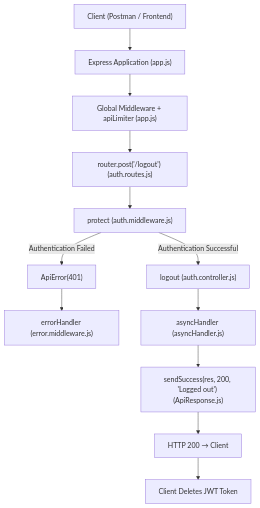
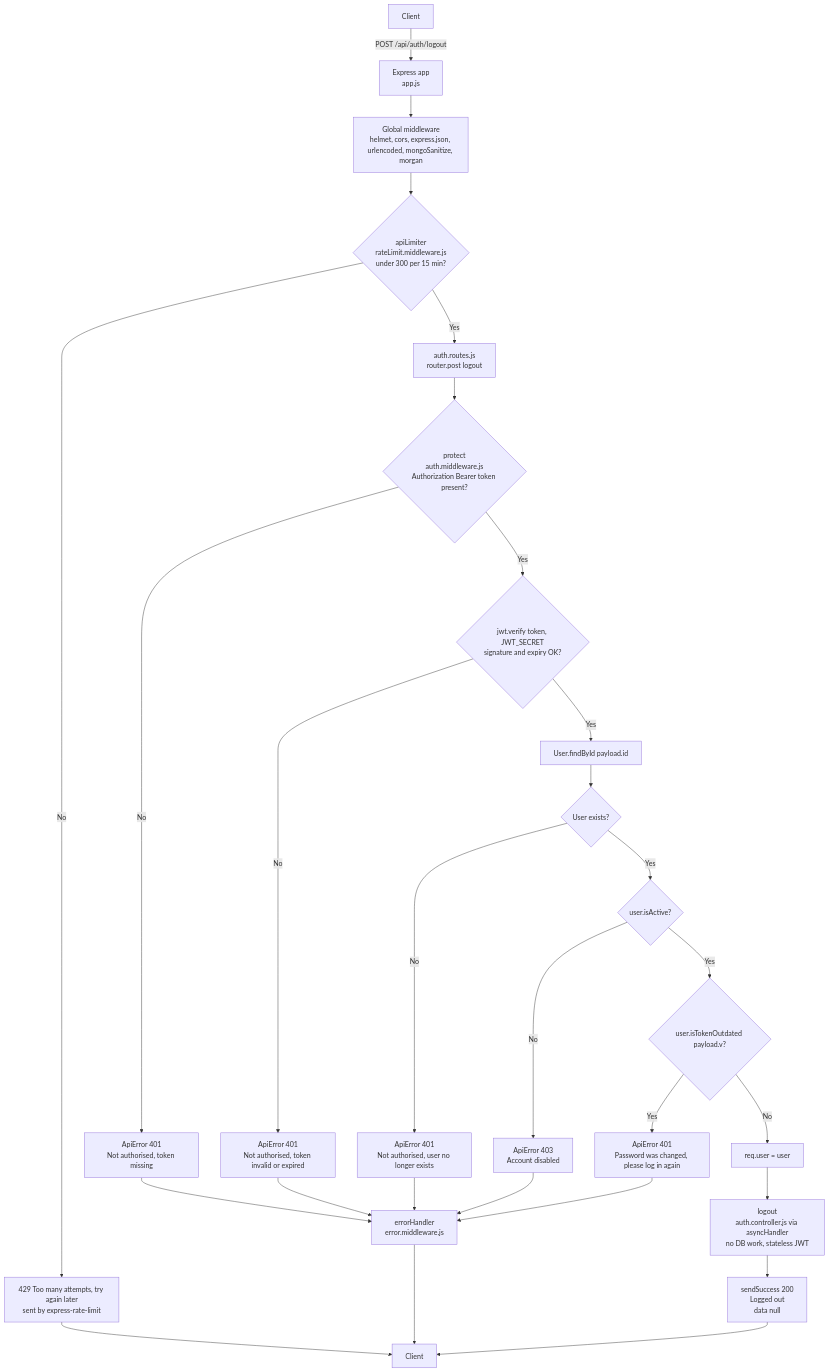
Before and after one commit to ehtman/ecommerce-site: the diagram in docs/flow/auth/logout.md, drawn with Mermaid. The commit also changed other lines of this file and 89 other files, not shown here.

````diff
--- a/docs/flow/auth/logout.md
+++ b/docs/flow/auth/logout.md
@@ -1,16 +5,30 @@
 ```mermaid
 flowchart TD
-    A["Client (Postman / Frontend)"] --> B["Express Application (app.js)"]
-    B --> C["Global Middleware + apiLimiter (app.js)"]
-    C --> D["router.post('/logout') (auth.routes.js)"]
-    D --> E["protect (auth.middleware.js)"]
-
-    E -->|Authentication Failed| ERR1["ApiError(401)"]
-    ERR1 --> EH["errorHandler (error.middleware.js)"]
-
-    E -->|Authentication Successful| F["logout (auth.controller.js)"]
-    F --> G["asyncHandler (asyncHandler.js)"]
-    G --> H["sendSuccess(res, 200, 'Logged out') (ApiResponse.js)"]
-    H --> I["HTTP 200 → Client"]
-    I --> J["Client Deletes JWT Token"]
+    A[Client] -->|POST /api/auth/logout| B[Express app<br/>app.js]
+    B --> C["Global middleware<br/>helmet, cors, express.json, urlencoded, mongoSanitize, morgan"]
+    C --> L0{"apiLimiter<br/>rateLimit.middleware.js<br/>under 300 per 15 min?"}
+    L0 -->|No| RL["429 Too many attempts, try again later<br/>sent by express-rate-limit"]
+    L0 -->|Yes| RT["auth.routes.js<br/>router.post logout"]
+    RT --> P1{"protect<br/>auth.middleware.js<br/>Authorization Bearer token present?"}
+    P1 -->|No| E1["ApiError 401<br/>Not authorised, token missing"]
+    P1 -->|Yes| P2{"jwt.verify token, JWT_SECRET<br/>signature and expiry OK?"}
+    P2 -->|No| E2["ApiError 401<br/>Not authorised, token invalid or expired"]
+    P2 -->|Yes| P3["User.findById payload.id"]
+    P3 --> P4{"User exists?"}
+    P4 -->|No| E3["ApiError 401<br/>Not authorised, user no longer exists"]
+    P4 -->|Yes| P5{"user.isActive?"}
+    P5 -->|No| E4["ApiError 403<br/>Account disabled"]
+    P5 -->|Yes| P6{"user.isTokenOutdated payload.v?"}
+    P6 -->|Yes| E5["ApiError 401<br/>Password was changed, please log in again"]
+    P6 -->|No| P7["req.user = user"]
+    P7 --> CT["logout<br/>auth.controller.js via asyncHandler<br/>no DB work, stateless JWT"]
+    CT --> OK["sendSuccess 200<br/>Logged out<br/>data null"]
+    OK --> R[Client]
+    E1 --> EH[errorHandler<br/>error.middleware.js]
+    E2 --> EH
+    E3 --> EH
+    E4 --> EH
+    E5 --> EH
+    EH --> R
+    RL --> R
 ```
````
